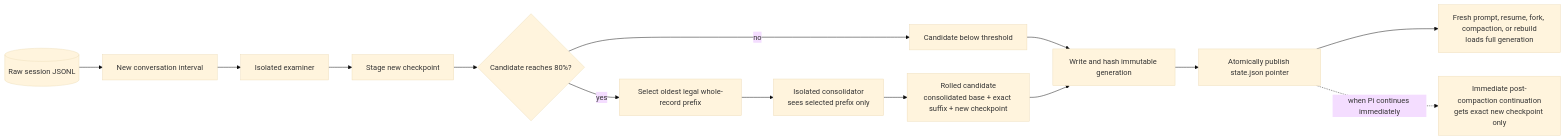
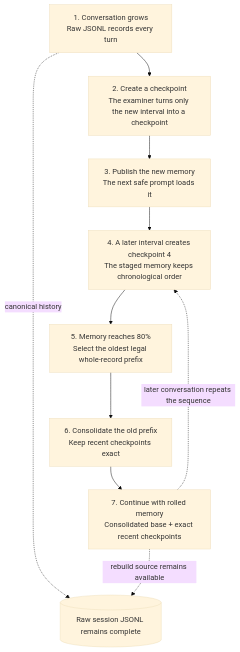
One commit to TobyNoSkillSon/pi-session-refinement changed the diagram in docs/session-flow.mmd. Above: the diagram before and after it, drawn with Mermaid (base theme). The commit also changed 2 other files, not shown here.

Commit message:
Simplify v2 diagram into chronological flow

```diff
--- a/docs/session-flow.mmd
+++ b/docs/session-flow.mmd
@@ -1,32 +1,19 @@
-flowchart LR
-    transcript[(Raw session JSONL)]
-    tail[New conversation interval]
-    examiner[Isolated examiner]
-    candidate[Stage new checkpoint]
-    threshold{Candidate reaches 80%?}
-    select[Select oldest legal whole-record prefix]
-    consolidator[Isolated consolidator
-sees selected prefix only]
-    rolled[Rolled candidate
-consolidated base + exact suffix + new checkpoint]
-    direct[Candidate below threshold]
-    generation[Write and hash immutable generation]
-    pointer[Atomically publish state.json pointer]
-    full[Fresh prompt, resume, fork, compaction, or rebuild
-loads full generation]
-    overlay[Immediate post-compaction continuation
-gets exact new checkpoint only]
+flowchart TD
+    conversation[1. Conversation grows<br/>Raw JSONL records every turn]
+    checkpoint[2. Create a checkpoint<br/>The examiner turns only the new interval into a checkpoint]
+    publish[3. Publish the new memory<br/>The next safe prompt loads it]
+    continue[4. A later interval creates checkpoint 4<br/>The staged memory keeps chronological order]
+    threshold[5. Memory reaches 80%<br/>Select the oldest legal whole-record prefix]
+    consolidate[6. Consolidate the old prefix<br/>Keep recent checkpoints exact]
+    rolled[7. Continue with rolled memory<br/>Consolidated base + exact recent checkpoints]
+    canonical[(Raw session JSONL remains complete)]
 
-    transcript --> tail
-    tail --> examiner
-    examiner --> candidate
-    candidate --> threshold
-    threshold -- no --> direct
-    direct --> generation
-    threshold -- yes --> select
-    select --> consolidator
-    consolidator --> rolled
-    rolled --> generation
-    generation --> pointer
-    pointer --> full
-    pointer -. when Pi continues immediately .-> overlay
+    conversation --> checkpoint
+    checkpoint --> publish
+    publish --> continue
+    continue --> threshold
+    threshold --> consolidate
+    consolidate --> rolled
+    rolled -. later conversation repeats the sequence .-> continue
+    conversation -. canonical history .-> canonical
+    rolled -. rebuild source remains available .-> canonical
```
